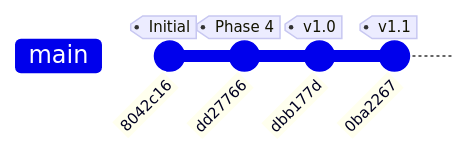
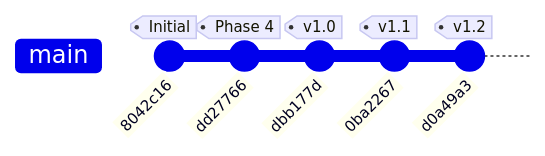
Before and after one commit to krjoylee/cli_tutor: the diagram in 05_Product/GIT_LOG.md, drawn with Mermaid. The commit also changed other lines of this file and 4 other files, not shown here.

````diff
--- a/05_Product/GIT_LOG.md
+++ b/05_Product/GIT_LOG.md
@@ -7,7 +7,8 @@
 ```mermaid
 gitGraph
-    commit id: "8042c16" tag: "Initial" msg: "초기 구조 및 프로토타입 v2.1 분석 완료"
-    commit id: "dd27766" tag: "Phase 4" msg: "Phase 4 완료: CLITutorApp 조립 및 스타일링 완료"
-    commit id: "dbb177d" tag: "v1.0" msg: "v1.0 정식 릴리즈: SPEC, TODO, 디버깅 로그 완성"
-    commit id: "0ba2267" tag: "v1.1" msg: "안정화 보완: 레이아웃 수정, 윈도우 충돌 패치, 매뉴얼 추가"
+    commit id: "8042c16" tag: "Initial" msg: "초기 구조 완료"
+    commit id: "dd27766" tag: "Phase 4" msg: "App 조립 및 UI 통합"
+    commit id: "dbb177d" tag: "v1.0" msg: "v1.0 정식 릴리즈"
+    commit id: "0ba2267" tag: "v1.1" msg: "Layout/Exit 안정화 패치"
+    commit id: "d0a49a3" tag: "v1.2" msg: "디버깅 로그 시스템 & WSL 호환성 강화"
 ```
````
